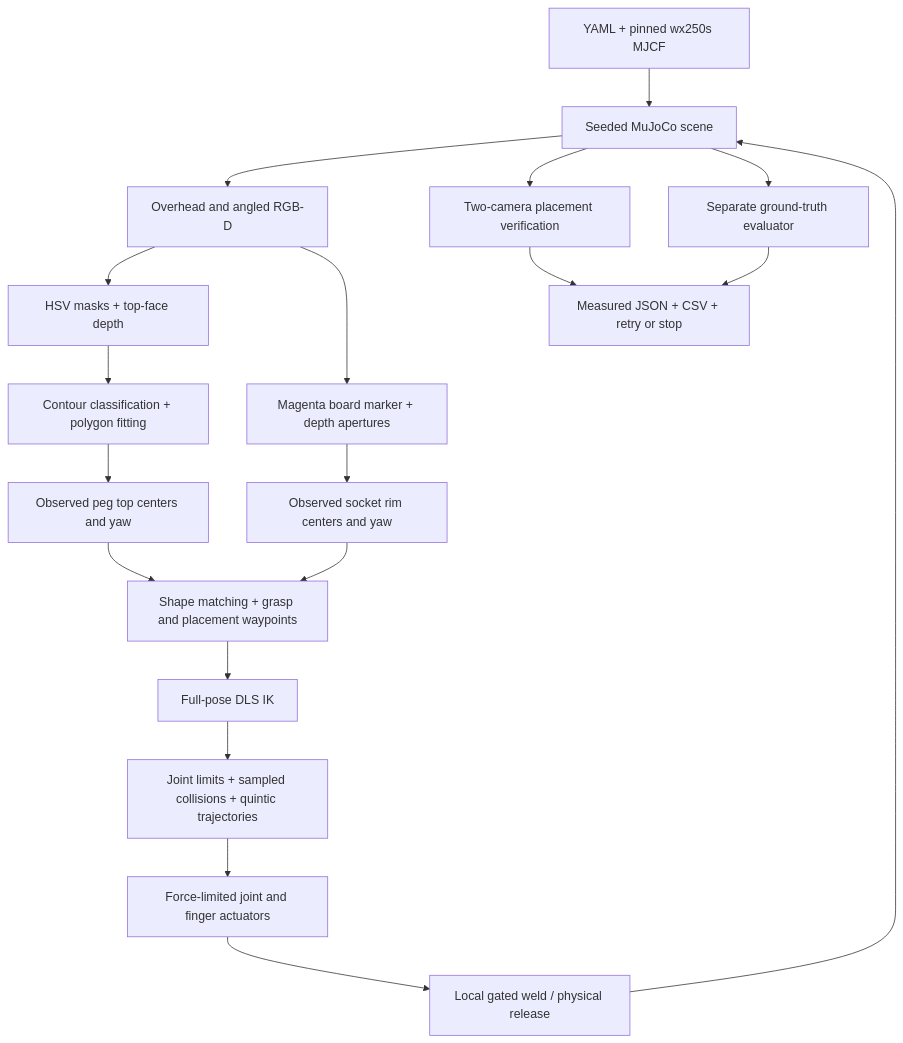
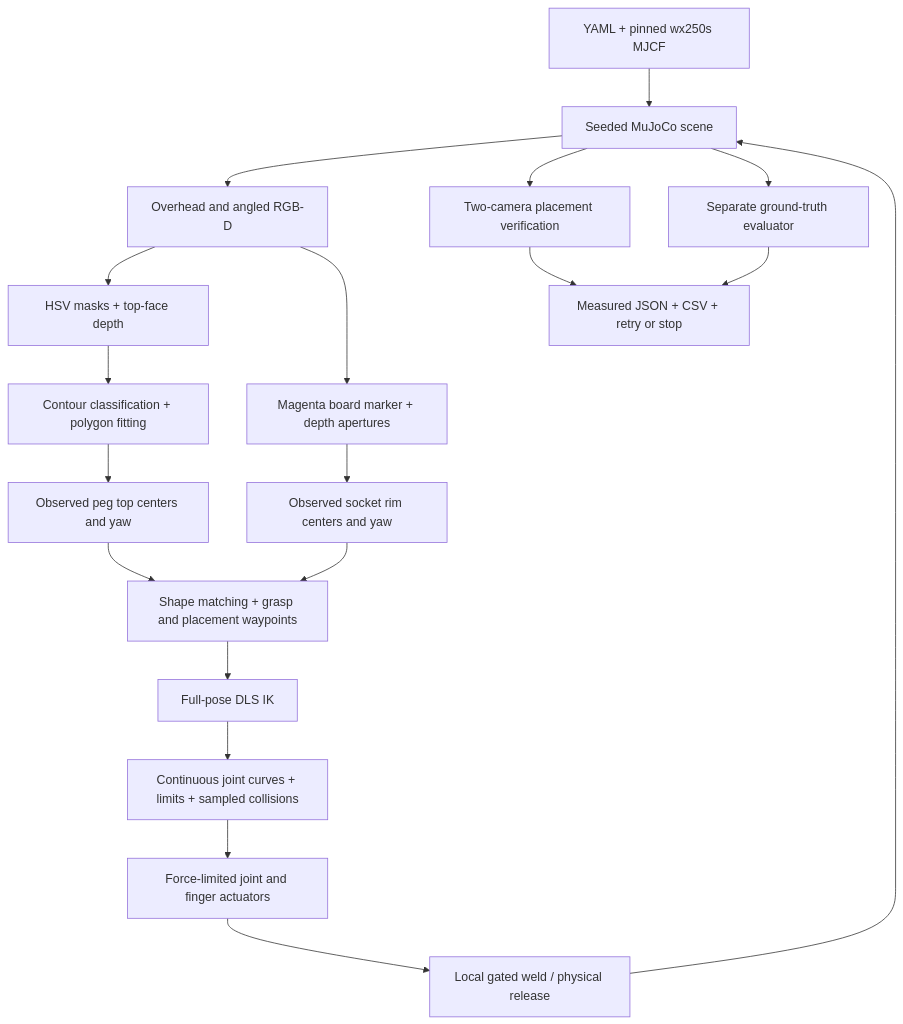
The diagram in docs/architecture.md (anjilshah/TEAM-ROCKET), drawn with Mermaid before and after one commit. The commit also changed other lines of this file and 58 other files, not shown here.

````diff
--- a/docs/architecture.md
+++ b/docs/architecture.md
@@ -3,21 +3,21 @@
 ```mermaid
 flowchart TD
   A[YAML + pinned wx250s MJCF] --> B[Seeded MuJoCo scene]
   B --> C[Overhead and angled RGB-D]
   C --> D[HSV masks + top-face depth]
   D --> E[Contour classification + polygon fitting]
   C --> F[Magenta board marker + depth apertures]
   E --> G[Observed peg top centers and yaw]
   F --> H[Observed socket rim centers and yaw]
   G --> I[Shape matching + grasp and placement waypoints]
   H --> I
   I --> J[Full-pose DLS IK]
-  J --> K[Joint limits + sampled collisions + quintic trajectories]
+  J --> K[Continuous joint curves + limits + sampled collisions]
   K --> L[Force-limited joint and finger actuators]
   L --> M[Local gated weld / physical release]
   M --> B
   B --> N[Two-camera placement verification]
   B --> O[Separate ground-truth evaluator]
   N --> P[Measured JSON + CSV + retry or stop]
   O --> P
 ```
````
